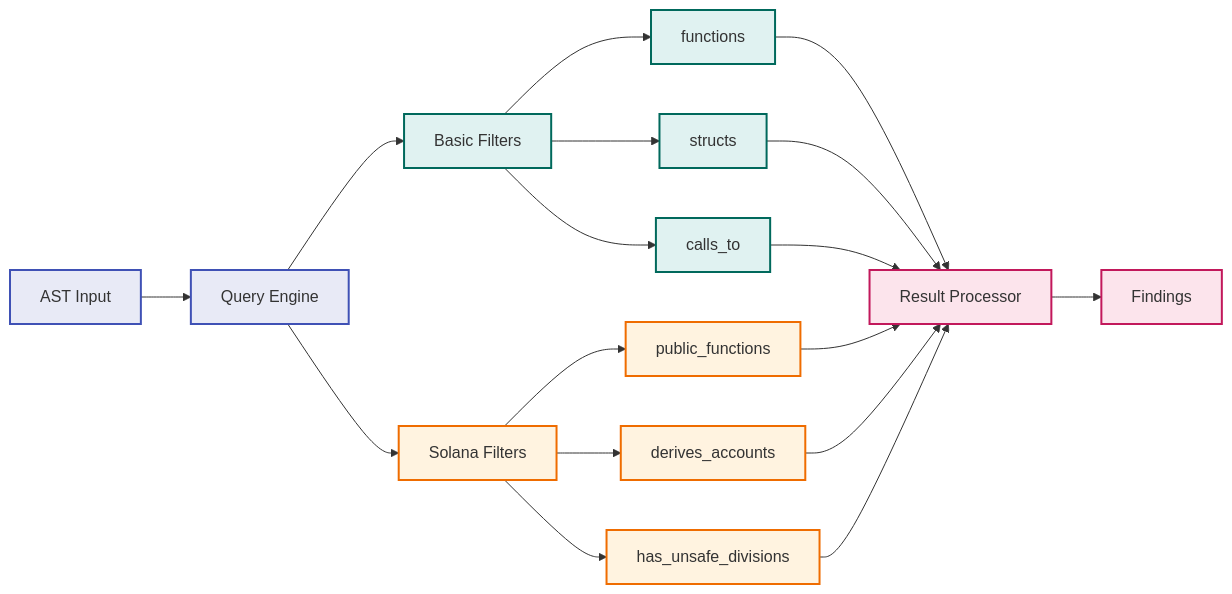
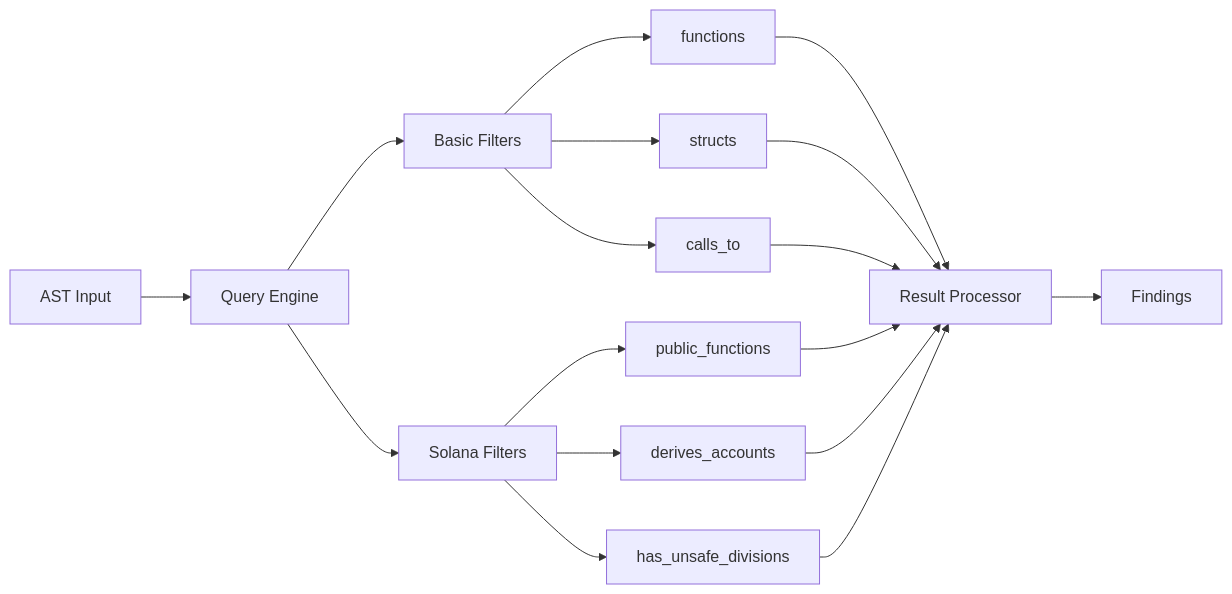
One commit to Naro-chain/Solana_Static_Analyzer changed the third of 6 diagrams in ARCHITECTURE.md. Above: the diagram before and after it, drawn with Mermaid. The commit also changed other lines of this file, not shown here.

Commit message:
docs: modify architecture documentation

````diff
--- a/ARCHITECTURE.md
+++ b/ARCHITECTURE.md
@@ -104,39 +89,28 @@
 ```mermaid
 flowchart LR
     %% Input
     AST[AST Input] --> QUERY[Query Engine]
     
     %% Basic Processing
     QUERY --> BASIC[Basic Filters]
     BASIC --> FUNCTIONS[functions]
     BASIC --> STRUCTS[structs]
     BASIC --> CALLS[calls_to]
     
     %% Solana Processing
     QUERY --> SOLANA[Solana Filters]
     SOLANA --> PUBLIC[public_functions]
     SOLANA --> ACCOUNTS[derives_accounts]
     SOLANA --> UNSAFE[has_unsafe_divisions]
     
     %% Convergence
     FUNCTIONS --> PROCESSOR[Result Processor]
     STRUCTS --> PROCESSOR
     CALLS --> PROCESSOR
     PUBLIC --> PROCESSOR
     ACCOUNTS --> PROCESSOR
     UNSAFE --> PROCESSOR
     
     %% Output
     PROCESSOR --> FINDINGS[Findings]
-    
-    %% Styling
-    classDef input fill:#e8eaf6,stroke:#3f51b5,stroke-width:2px
-    classDef basic fill:#e0f2f1,stroke:#00695c,stroke-width:2px
-    classDef solana fill:#fff3e0,stroke:#ef6c00,stroke-width:2px
-    classDef output fill:#fce4ec,stroke:#c2185b,stroke-width:2px
-    
-    class AST,QUERY input
-    class BASIC,FUNCTIONS,STRUCTS,CALLS basic
-    class SOLANA,PUBLIC,ACCOUNTS,UNSAFE solana
-    class PROCESSOR,FINDINGS output
 ```
````
